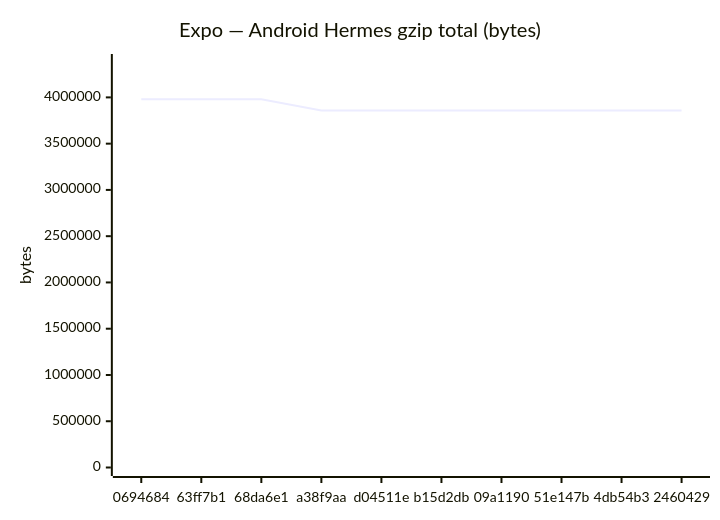
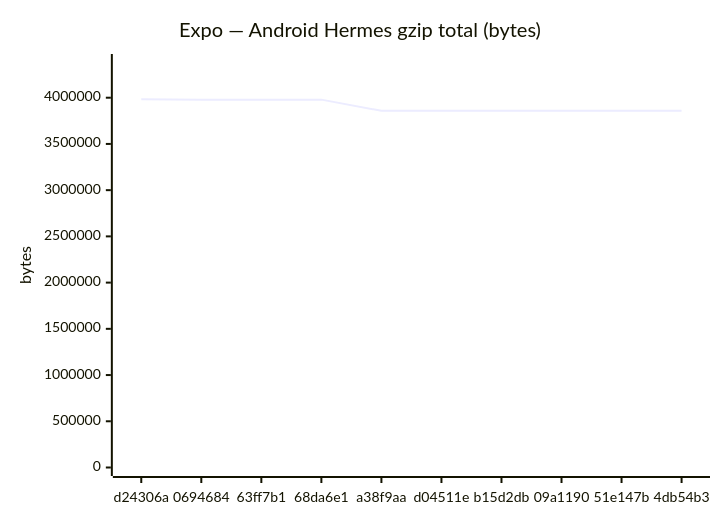
One commit to Metaheurist/Rianell changed the fifth of 18 diagrams in benchmarks/compare.md. Above: the diagram before and after it, drawn with Mermaid. The commit also changed other lines of this file and 11 other files, not shown here.

````diff
--- a/benchmarks/compare.md
+++ b/benchmarks/compare.md
@@ -89,7 +89,7 @@
 ```mermaid
 xychart-beta
     title "Expo — Android Hermes gzip total (bytes)"
-    x-axis ["0694684", "63ff7b1", "68da6e1", "a38f9aa", "d04511e", "b15d2db", "09a1190", "51e147b", "4db54b3", "2460429"]
-    y-axis "bytes" 0 --> 4377096
-    line [3979178, 3979178, 3979178, 3858192, 3858192, 3858195, 3858763, 3858763, 3858762, 3858764]
+    x-axis ["d24306a", "0694684", "63ff7b1", "68da6e1", "a38f9aa", "d04511e", "b15d2db", "09a1190", "51e147b", "4db54b3"]
+    y-axis "bytes" 0 --> 4380849
+    line [3982590, 3979178, 3979178, 3979178, 3858192, 3858192, 3858195, 3858763, 3858763, 3858762]
 ```
````
